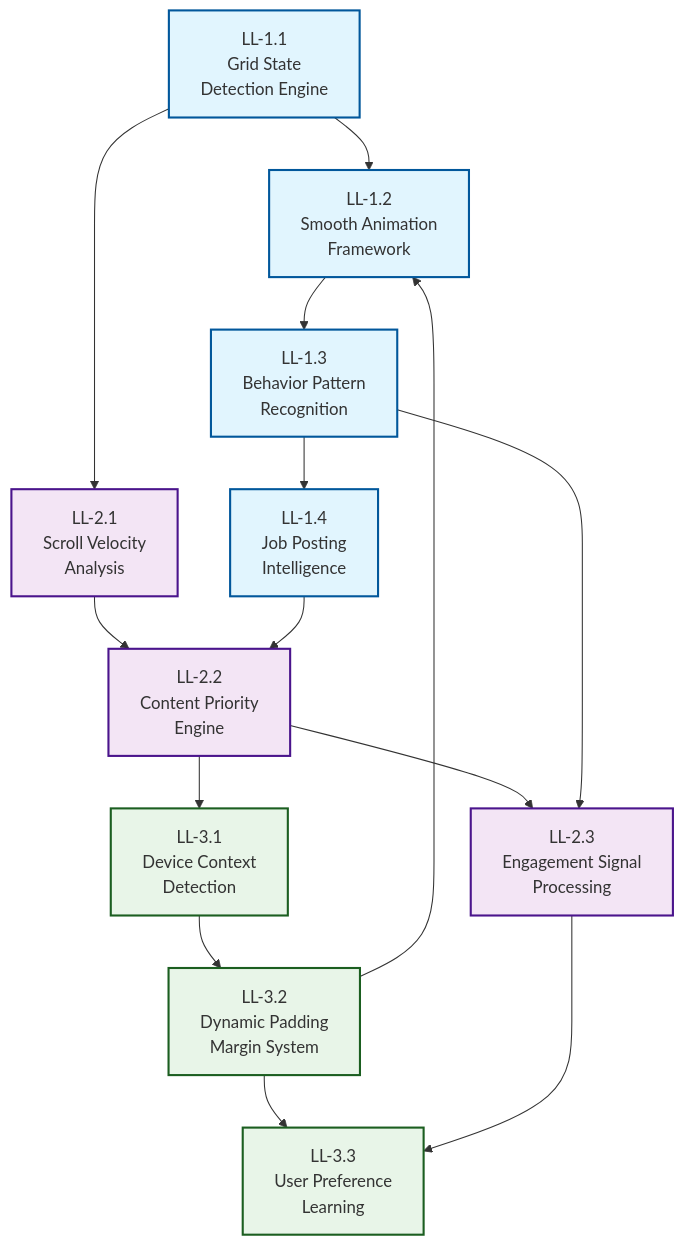
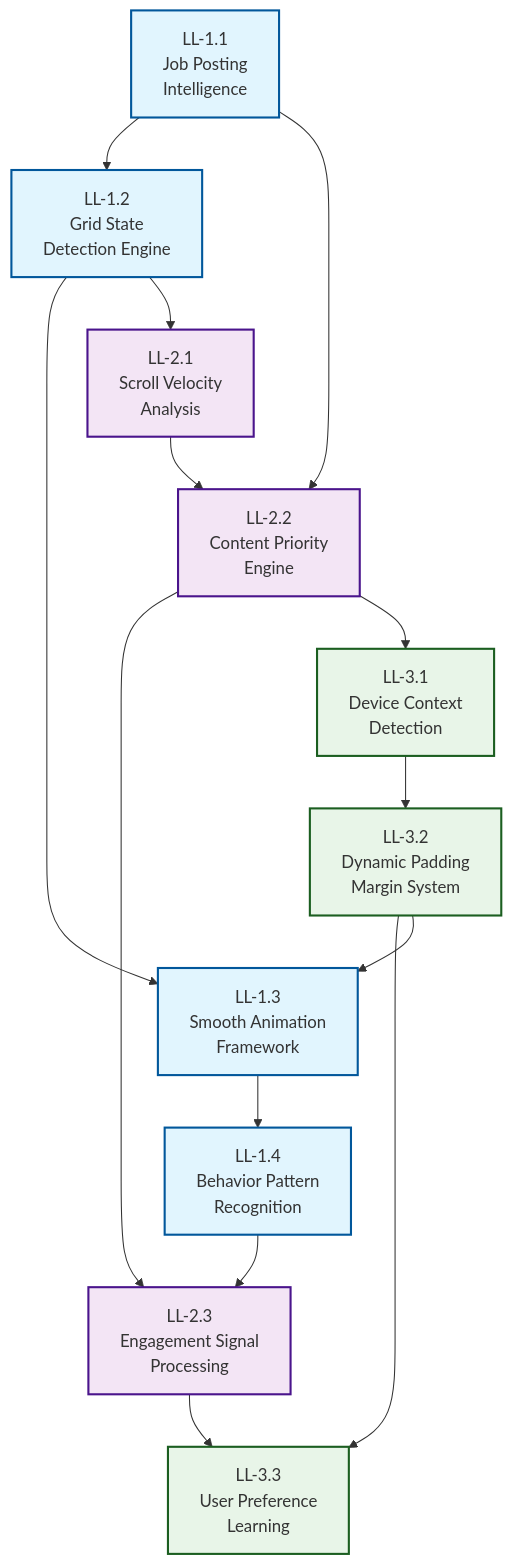
One commit to hretheum/hretheum.com changed the diagram in docs/aui/LIVING_LAYOUTS_DAG.md. Above: the diagram before and after it, drawn with Mermaid. The commit also changed other lines of this file and 1 other file, not shown here.

Commit message:
Restructure LL-1.x: Job Posting Intelligence as LL-1.1, proper dependency chain

````diff
--- a/docs/aui/LIVING_LAYOUTS_DAG.md
+++ b/docs/aui/LIVING_LAYOUTS_DAG.md
@@ -5,46 +5,46 @@
 ```mermaid
 graph TD
     %% Phase 1: Foundation Layer
-    LL-1-1[LL-1.1<br/>Grid State<br/>Detection Engine]
-    LL-1-2[LL-1.2<br/>Smooth Animation<br/>Framework]
-    LL-1-3[LL-1.3<br/>Behavior Pattern<br/>Recognition]
-    LL-1-4[LL-1.4<br/>Job Posting<br/>Intelligence]
+    LL-1-1[LL-1.1<br/>Job Posting<br/>Intelligence]
+    LL-1-2[LL-1.2<br/>Grid State<br/>Detection Engine]
+    LL-1-3[LL-1.3<br/>Smooth Animation<br/>Framework]
+    LL-1-4[LL-1.4<br/>Behavior Pattern<br/>Recognition]
 
     %% Phase 2: Content Layer
     LL-2-1[LL-2.1<br/>Scroll Velocity<br/>Analysis]
     LL-2-2[LL-2.2<br/>Content Priority<br/>Engine]
     LL-2-3[LL-2.3<br/>Engagement Signal<br/>Processing]
 
     %% Phase 3: Context Layer
     LL-3-1[LL-3.1<br/>Device Context<br/>Detection]
     LL-3-2[LL-3.2<br/>Dynamic Padding<br/>Margin System]
     LL-3-3[LL-3.3<br/>User Preference<br/>Learning]
 
     %% Dependencies within workstreams
     LL-1-1 --> LL-1-2
     LL-1-2 --> LL-1-3
     LL-1-3 --> LL-1-4
 
     LL-2-1 --> LL-2-2
     LL-2-2 --> LL-2-3
 
     LL-3-1 --> LL-3-2
     LL-3-2 --> LL-3-3
 
     %% Cross-workstream dependencies
-    LL-1-1 --> LL-2-1
-    LL-1-3 --> LL-2-3
-    LL-1-4 --> LL-2-2
+    LL-1-2 --> LL-2-1
+    LL-1-4 --> LL-2-3
+    LL-1-1 --> LL-2-2
     LL-2-2 --> LL-3-1
-    LL-3-2 --> LL-1-2
+    LL-3-2 --> LL-1-3
     LL-2-3 --> LL-3-3
 
     %% Styling
     classDef phase1 fill:#e1f5fe,stroke:#01579b,stroke-width:2px
     classDef phase2 fill:#f3e5f5,stroke:#4a148c,stroke-width:2px
     classDef phase3 fill:#e8f5e8,stroke:#1b5e20,stroke-width:2px
 
     class LL-1-1,LL-1-2,LL-1-3,LL-1-4 phase1
     class LL-2-1,LL-2-2,LL-2-3 phase2
     class LL-3-1,LL-3-2,LL-3-3 phase3
 ```
````
